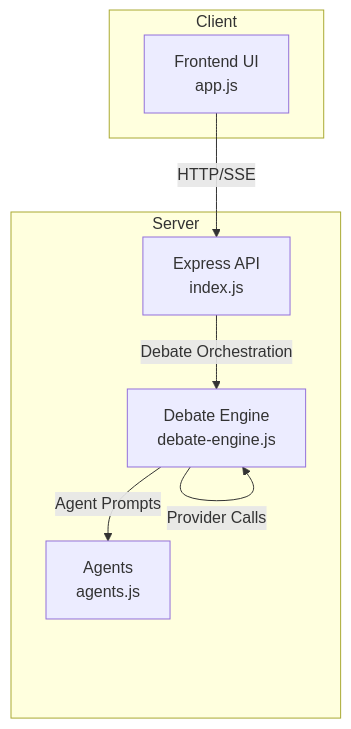
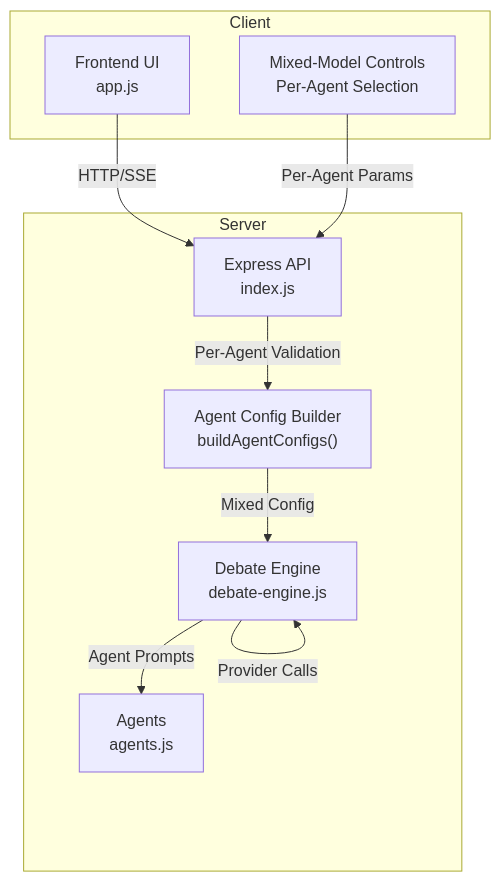
The first of 3 diagrams in .qoder/repowiki/en/content/AI Debate Engine/AI Provider Integration.md (RunTimeAdmin/tri-ai), drawn with Mermaid before and after one commit. The commit also changed other lines of this file and 13 other files, not shown here.

````diff
--- a/.qoder/repowiki/en/content/AI Debate Engine/AI Provider Integration.md
+++ b/.qoder/repowiki/en/content/AI Debate Engine/AI Provider Integration.md
@@ -34,15 +43,19 @@
 ```mermaid
 graph TB
 subgraph "Client"
 FE_UI["Frontend UI<br/>app.js"]
+MIX_MODE["Mixed-Model Controls<br/>Per-Agent Selection"]
 end
 subgraph "Server"
 API["Express API<br/>index.js"]
 DE["Debate Engine<br/>debate-engine.js"]
 AG["Agents<br/>agents.js"]
+BUILD_CFG["Agent Config Builder<br/>buildAgentConfigs()"]
 end
 FE_UI --> |HTTP/SSE| API
-API --> |Debate Orchestration| DE
+API --> |Per-Agent Validation| BUILD_CFG
+BUILD_CFG --> |Mixed Config| DE
 DE --> |Agent Prompts| AG
 DE --> |Provider Calls| DE
+MIX_MODE --> |Per-Agent Params| API
 ```
````
